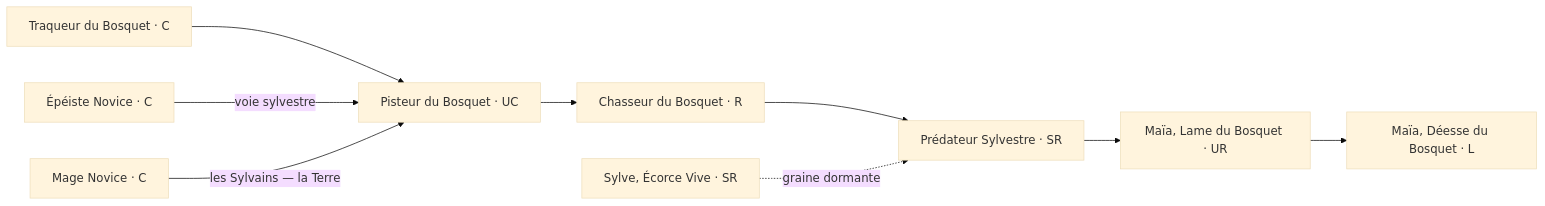
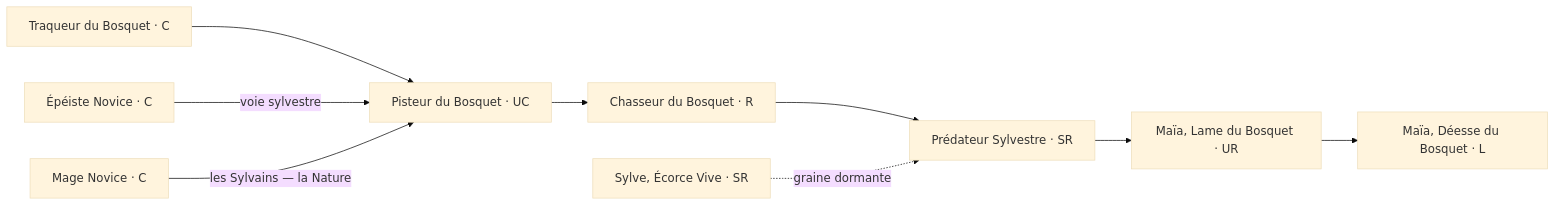
The tenth of 12 diagrams in docs/design/arbres-evolution.md (mobize191/aicg-lignees), drawn with Mermaid (base theme) before and after one commit. The commit also changed other lines of this file and 2 other files, not shown here.

````diff
--- a/docs/design/arbres-evolution.md
+++ b/docs/design/arbres-evolution.md
@@ -142,7 +160,7 @@
 ```mermaid
 flowchart LR
   a24["Traqueur du Bosquet · C"] --> a33["Pisteur du Bosquet · UC"] --> a25["Chasseur du Bosquet · R"] --> a26["Prédateur Sylvestre · SR"] --> a27["Maïa, Lame du Bosquet · UR"] --> a28["Maïa, Déesse du Bosquet · L"]
   n1["Épéiste Novice · C"] -->|"voie sylvestre"| a33["Pisteur du Bosquet · UC"]
-  n2["Mage Novice · C"] -->|"les Sylvains — la Terre"| a33["Pisteur du Bosquet · UC"]
+  n2["Mage Novice · C"] -->|"les Sylvains — la Nature"| a33["Pisteur du Bosquet · UC"]
   b7["Sylve, Écorce Vive · SR"] -.->|graine dormante| a26["Prédateur Sylvestre · SR"]
 ```
````
